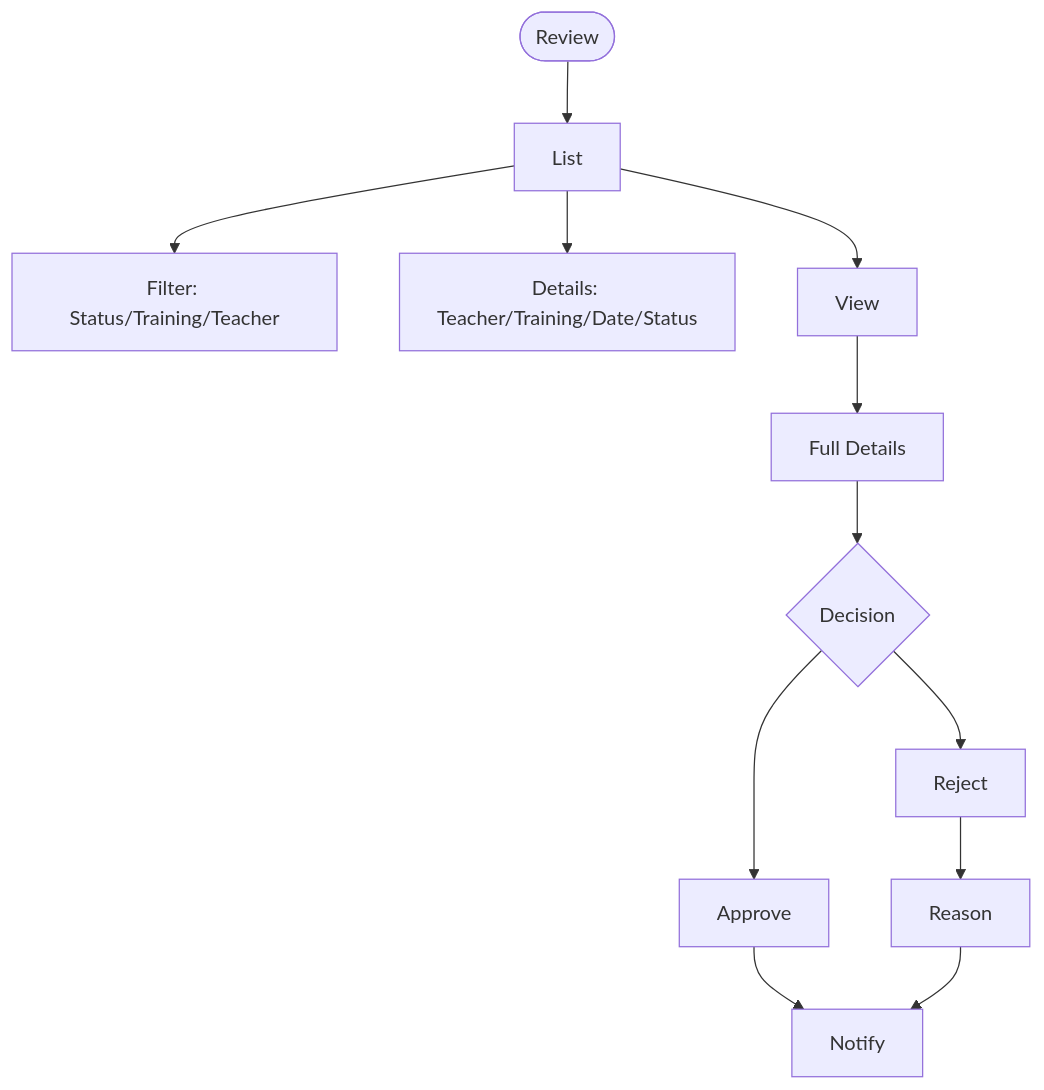
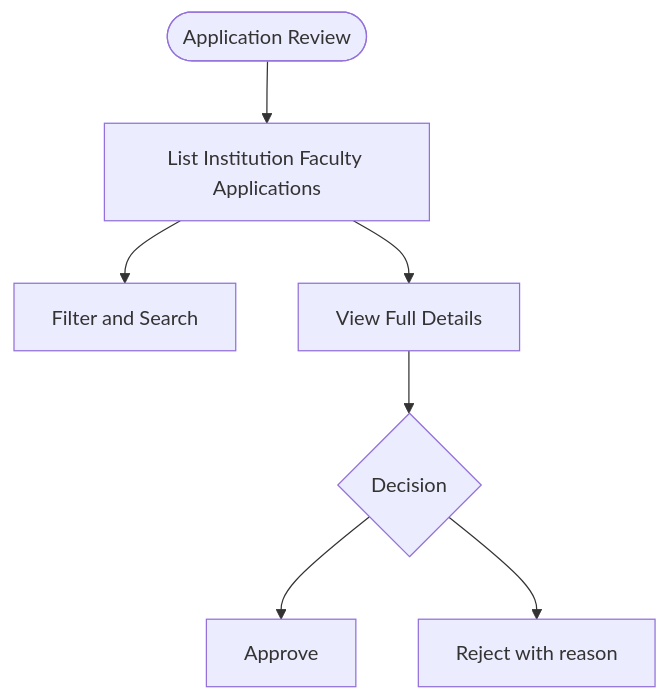
One commit to gunjangupta-gh/placeintern changed the tenth of 27 diagrams in TRAINING_CALENDAR_FLOW_DIAGRAMS.md. Above: the diagram before and after it, drawn with Mermaid. The commit also changed other lines of this file and 1 other file, not shown here.

Commit message:
feat: add timezone handling for attendance date resolution in TrainingAttendanceService

````diff
--- a/TRAINING_CALENDAR_FLOW_DIAGRAMS.md
+++ b/TRAINING_CALENDAR_FLOW_DIAGRAMS.md
@@ -200,8 +167,9 @@
 ```mermaid
 flowchart TD
-    A([Review])-->B[List]-->C[Filter: Status/Training/Teacher]
-    B-->D[Details: Teacher/Training/Date/Status]
-    B-->E[View]-->F[Full Details]-->G{Decision}
-    G-->H[Approve]-->I[Notify]
-    G-->J[Reject]-->K[Reason]-->I
+    A([Application Review]) --> B[List Institution Faculty Applications]
+    B --> C[Filter and Search]
+    B --> D[View Full Details]
+    D --> E{Decision}
+    E --> F[Approve]
+    E --> G[Reject with reason]
 ```
````
